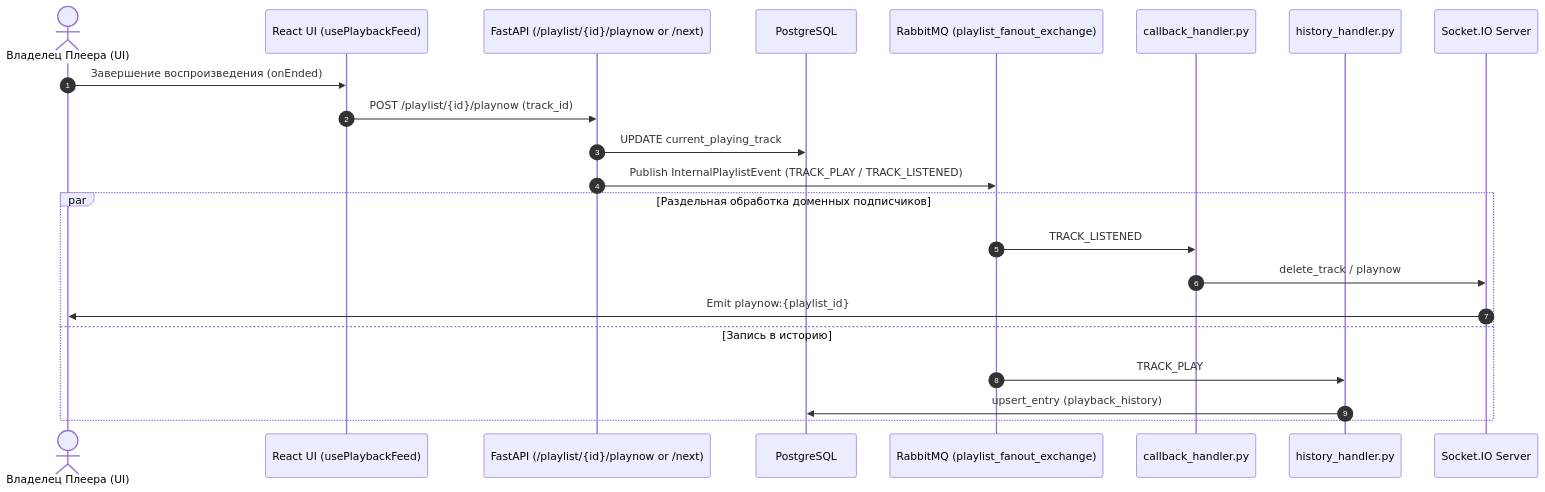
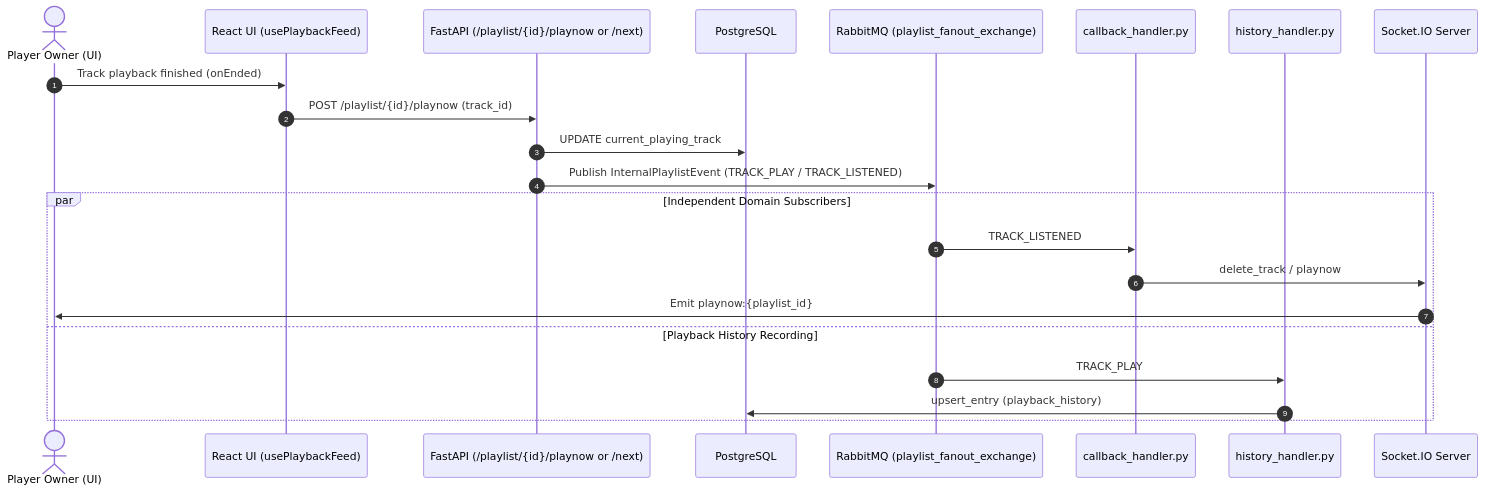
The third of 4 diagrams in docs/core/orders.md (DustGalaxy/openplaylist-mono), drawn with Mermaid before and after one commit. The commit also changed other lines of this file and 21 other files, not shown here.

Commit message:
docs: translate technical architecture and component guides to English

````diff
--- a/docs/core/orders.md
+++ b/docs/core/orders.md
@@ -117,27 +117,27 @@
 ```mermaid
 sequenceDiagram
     autonumber
-    actor Player as Владелец Плеера (UI)
+    actor Player as Player Owner (UI)
     participant UI as React UI (usePlaybackFeed)
     participant API as FastAPI (/playlist/{id}/playnow or /next)
     participant DB as PostgreSQL
     participant Fanout as RabbitMQ (playlist_fanout_exchange)
     participant Callback as callback_handler.py
     participant History as history_handler.py
     participant SIO as Socket.IO Server
 
-    Player->>UI: Завершение воспроизведения (onEnded)
+    Player->>UI: Track playback finished (onEnded)
     UI->>API: POST /playlist/{id}/playnow (track_id)
     API->>DB: UPDATE current_playing_track
     
     API->>Fanout: Publish InternalPlaylistEvent (TRACK_PLAY / TRACK_LISTENED)
     
-    par Раздельная обработка доменных подписчиков
+    par Independent Domain Subscribers
         Fanout->>Callback: TRACK_LISTENED
         Callback->>SIO: delete_track / playnow
         SIO->>Player: Emit playnow:{playlist_id}
-    and Запись в историю
+    and Playback History Recording
         Fanout->>History: TRACK_PLAY
         History->>DB: upsert_entry (playback_history)
     end
 ```
````
